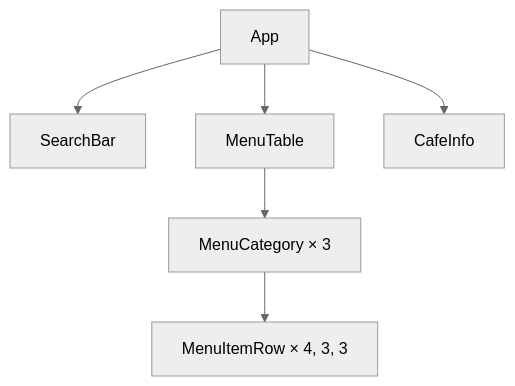
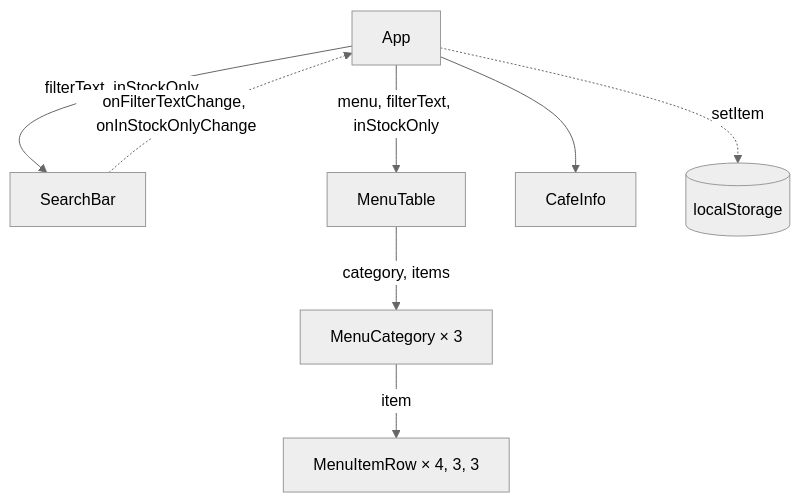
Before and after one commit to dianablyshchyk-ai/react-labs: the diagram in lab-4/README.md, drawn with Mermaid (neutral theme).

Commit message:
docs: add the lab 4 data flow

````diff
--- a/lab-4/README.md
+++ b/lab-4/README.md
@@ -31,8 +31,11 @@
 ```mermaid
 flowchart TD
-  App --> SearchBar
-  App --> MenuTable
-  App --> CafeInfo
-  MenuTable --> MenuCategory["MenuCategory × 3"]
-  MenuCategory --> MenuItemRow["MenuItemRow × 4, 3, 3"]
+  App -->|"filterText, inStockOnly"| SearchBar
+    App -->|"menu, filterText, inStockOnly"| MenuTable
+    App --> CafeInfo
+    MenuTable -->|"category, items"| MenuCategory["MenuCategory × 3"]
+    MenuCategory -->|"item"| MenuItemRow["MenuItemRow × 4, 3, 3"]
+
+    SearchBar -.->|"onFilterTextChange, onInStockOnlyChange"| App
+    App -.->|"setItem"| LocalStorage[("localStorage")]
 ```
````
